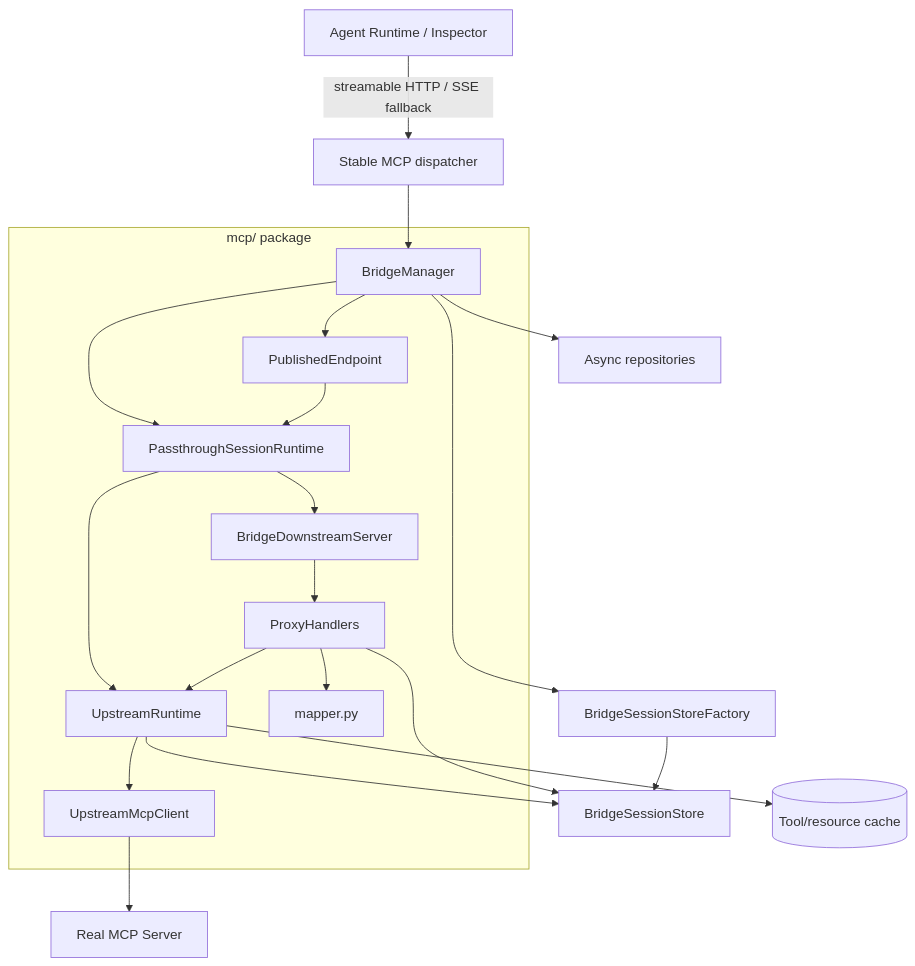
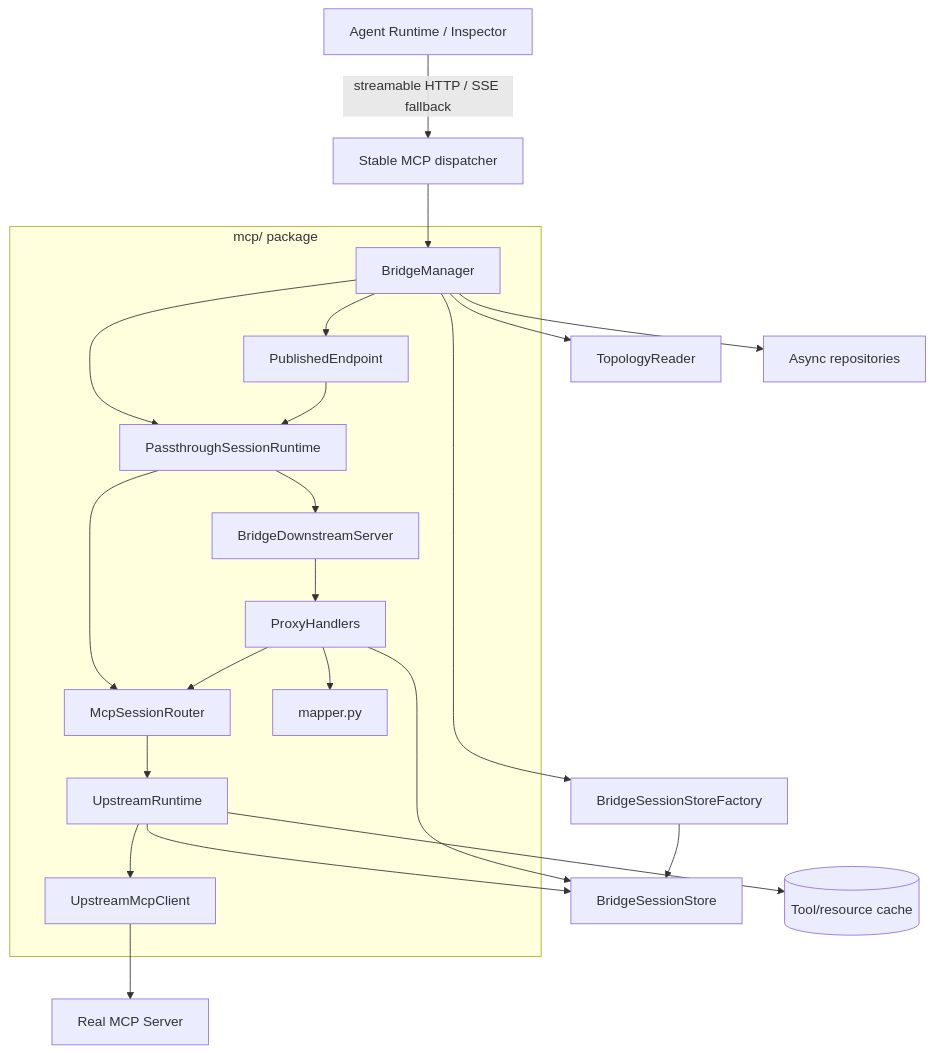
Before and after one commit to JilongSun/mcpapps-bridge: the first of 3 diagrams in docs/architecture/mcp-layer.md, drawn with Mermaid. The commit also changed other lines of this file and 18 other files, not shown here.

````diff
--- a/docs/architecture/mcp-layer.md
+++ b/docs/architecture/mcp-layer.md
@@ -9,33 +9,36 @@
 ```mermaid
 flowchart TD
     Client["Agent Runtime / Inspector"] --> |"streamable HTTP / SSE fallback"| API["Stable MCP dispatcher"]
     API --> Manager["BridgeManager"]
+    Manager --> Topology["TopologyReader"]
     Manager --> Endpoint["PublishedEndpoint"]
     Manager --> Repositories["Async repositories"]
     Manager --> Factory["BridgeSessionStoreFactory"]
     Manager --> SessionRuntime["PassthroughSessionRuntime"]
     Endpoint --> SessionRuntime
     SessionRuntime --> Downstream["BridgeDownstreamServer"]
     Downstream --> Handlers["ProxyHandlers"]
-    SessionRuntime --> Runtime["UpstreamRuntime"]
-    Handlers --> Runtime
+    SessionRuntime --> Router["McpSessionRouter"]
+    Handlers --> Router
+    Router --> Runtime["UpstreamRuntime"]
     Runtime --> Upstream["UpstreamMcpClient"]
     Upstream --> Real["Real MCP Server"]
 
     Factory --> Store["BridgeSessionStore"]
     Runtime --> Store
     Handlers --> Store
     Runtime --> Cache[("Tool/resource cache")]
     Handlers --> Mapper["mapper.py"]
 
     subgraph "mcp/ package"
         Manager
         Endpoint
         SessionRuntime
         Downstream
         Handlers
+        Router
         Runtime
         Upstream
         Mapper
     end
 ```
````
